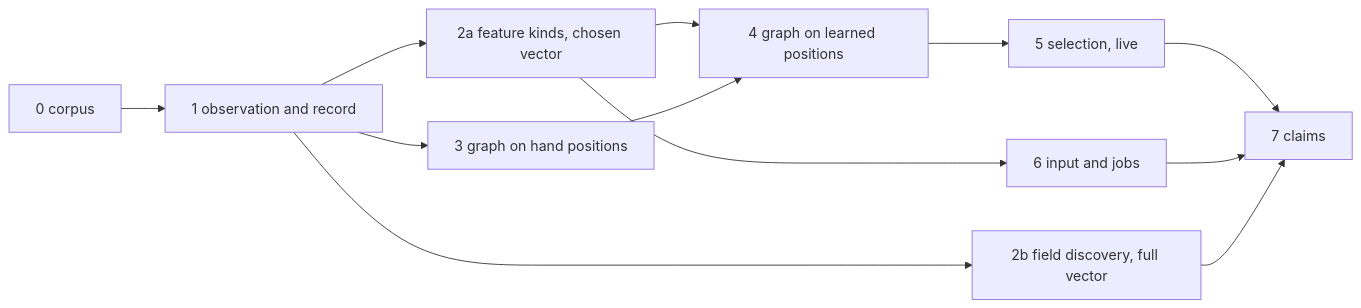
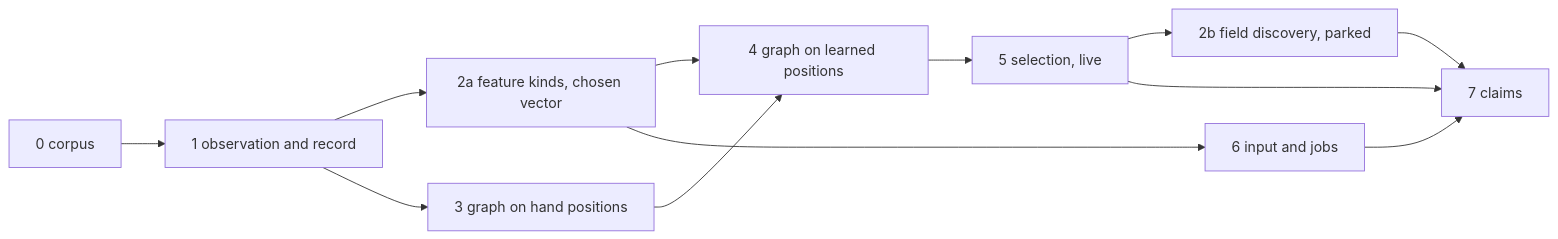
One commit to pH14/harmony changed the diagram in DISSONANCE-V3-PLAN.md. Above: the diagram before and after it, drawn with Mermaid. The commit also changed other lines of this file, not shown here.

Commit message:
Park field discovery behind stage 5 and add the chosen-span rung

````diff
--- a/DISSONANCE-V3-PLAN.md
+++ b/DISSONANCE-V3-PLAN.md
@@ -234,14 +234,14 @@
 ```mermaid
 flowchart LR
     S0[0 corpus] --> S1[1 observation and record]
     S1 --> S2a[2a feature kinds, chosen vector]
-    S1 --> S2b[2b field discovery, full vector]
+    S5 --> S2b[2b field discovery, parked]
     S1 --> S3[3 graph on hand positions]
     S2a --> S4[4 graph on learned positions]
     S3 --> S4
     S4 --> S5[5 selection, live]
     S2a --> S6[6 input and jobs]
     S5 --> S7[7 claims]
     S6 --> S7
     S2b --> S7
 ```
````
